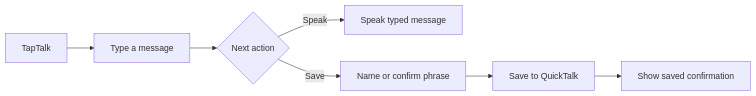
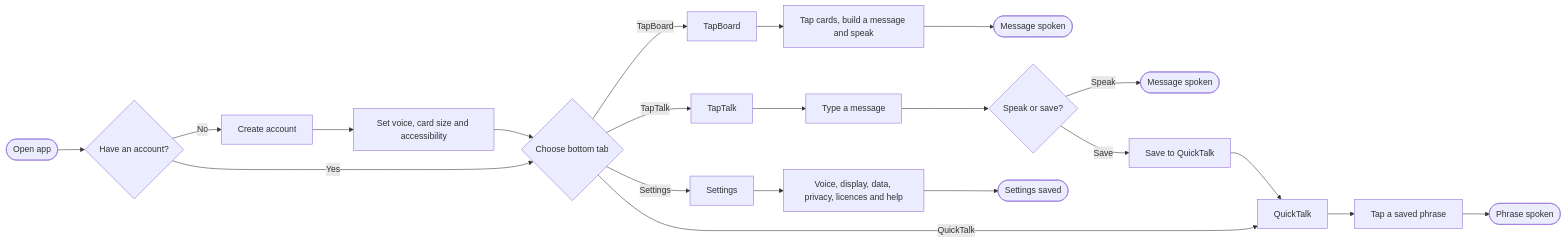
One commit to CavenLink-Dev/TapTalk-AAC changed the diagram in docs/USER_FLOW.md. Above: the diagram before and after it, drawn with Mermaid. The commit also changed other lines of this file, not shown here.

Commit message:
Simplify user flow documentation

````diff
--- a/docs/USER_FLOW.md
+++ b/docs/USER_FLOW.md
@@ -43,9 +9,27 @@
 ```mermaid
 flowchart LR
-    A[TapTalk] --> B[Type a message]
-    B --> C{Next action}
-    C -->|Speak| D[Speak typed message]
-    C -->|Save| E[Name or confirm phrase]
-    E --> F[Save to QuickTalk]
-    F --> G[Show saved confirmation]
+    openApp([Open app]) --> account{Have an account?}
+    account -->|No| create[Create account]
+    create --> setup[Set voice, card size and accessibility]
+    setup --> tabs{Choose bottom tab}
+    account -->|Yes| tabs
+
+    tabs -->|TapBoard| tapBoard[TapBoard]
+    tapBoard --> boardTask[Tap cards, build a message and speak]
+    boardTask --> boardDone([Message spoken])
+
+    tabs -->|TapTalk| tapTalk[TapTalk]
+    tapTalk --> typeMessage[Type a message]
+    typeMessage --> talkChoice{Speak or save?}
+    talkChoice -->|Speak| talkDone([Message spoken])
+    talkChoice -->|Save| save[Save to QuickTalk]
+    save --> quickTalk
+
+    tabs -->|QuickTalk| quickTalk[QuickTalk]
+    quickTalk --> quickTask[Tap a saved phrase]
+    quickTask --> quickDone([Phrase spoken])
+
+    tabs -->|Settings| settings[Settings]
+    settings --> settingsTask[Voice, display, data, privacy, licences and help]
+    settingsTask --> settingsDone([Settings saved])
 ```
````
